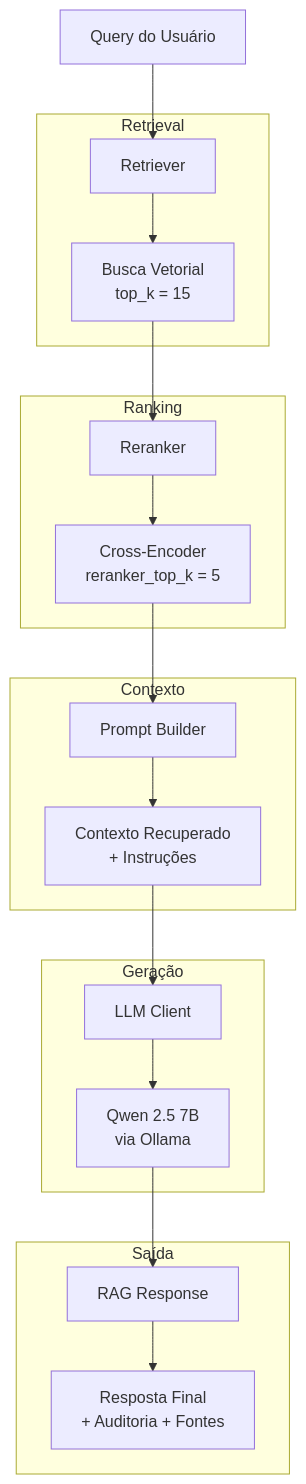
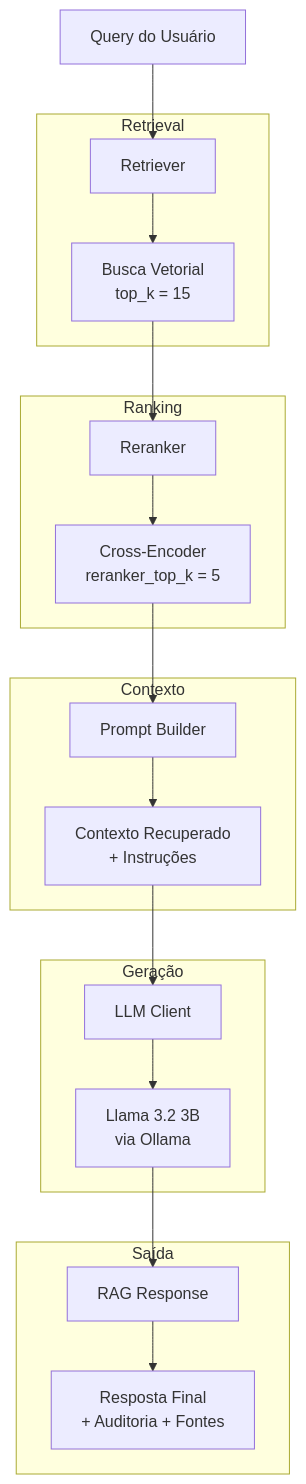
One commit to vinimeurer/rag-ipardes-parana changed the second of 2 diagrams in docs/ARCHITECTURE.md. Above: the diagram before and after it, drawn with Mermaid. The commit also changed other lines of this file and 1 other file, not shown here.

Commit message:
Update LLM model decision from qwen2.5:7b to llama3.2:3b

````diff
--- a/docs/ARCHITECTURE.md
+++ b/docs/ARCHITECTURE.md
@@ -443,41 +443,41 @@
 ```mermaid
 flowchart TD
 
     A[Query do Usuário]
 
     subgraph Retrieval
         B[Retriever]
         C["Busca Vetorial<br/>top_k = 15"]
         B --> C
     end
 
     subgraph Ranking
         D[Reranker]
         E["Cross-Encoder<br/>reranker_top_k = 5"]
         D --> E
     end
 
     subgraph Contexto
         F[Prompt Builder]
         G["Contexto Recuperado<br/>+ Instruções"]
         F --> G
     end
 
     subgraph Geração
         H[LLM Client]
-        I["Qwen 2.5 7B<br/>via Ollama"]
+        I["Llama 3.2 3B<br/>via Ollama"]
         H --> I
     end
 
     subgraph Saída
         J[RAG Response]
         K["Resposta Final<br/>+ Auditoria + Fontes"]
         J --> K
     end
 
     A --> B
     C --> D
     E --> F
     G --> H
     I --> J
 ```
````
